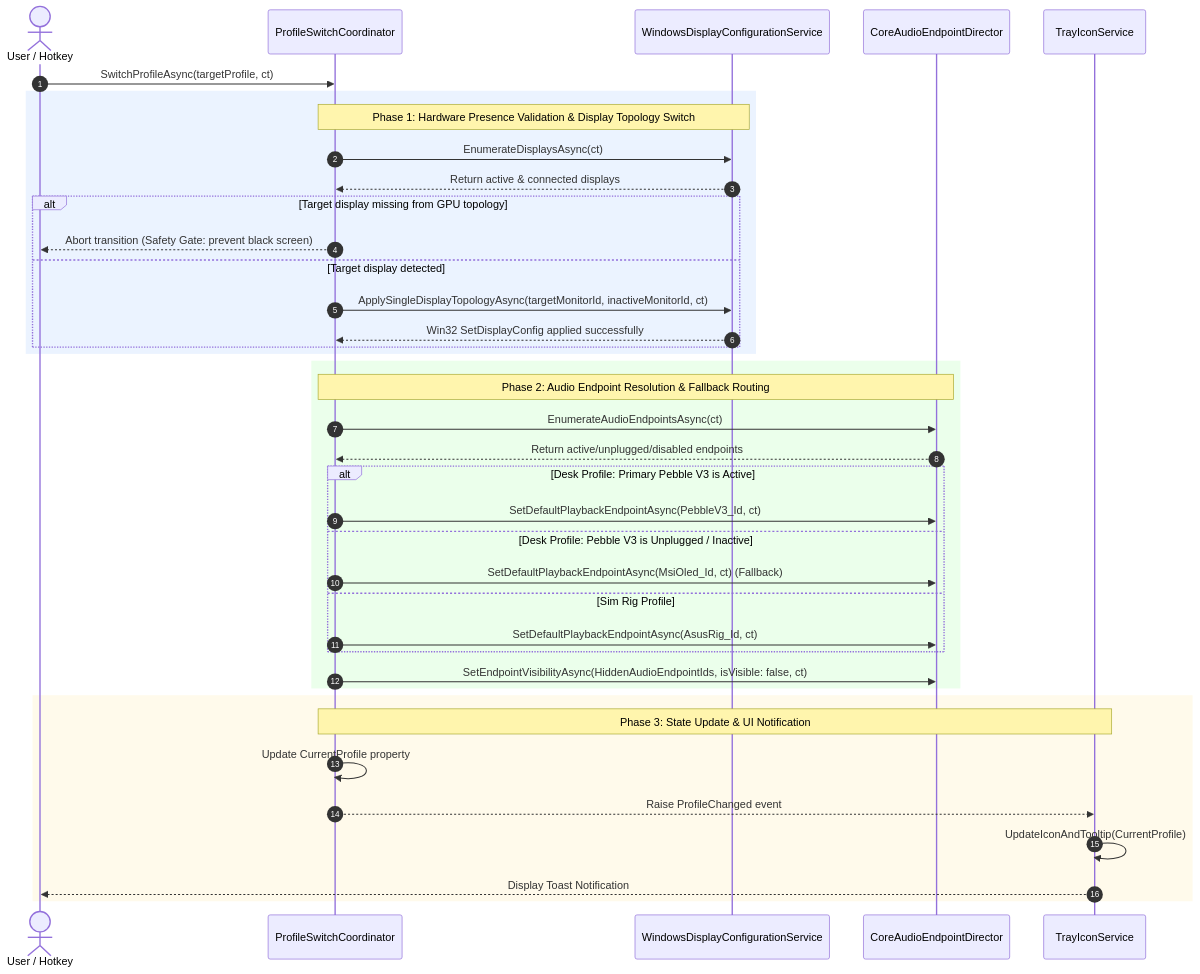
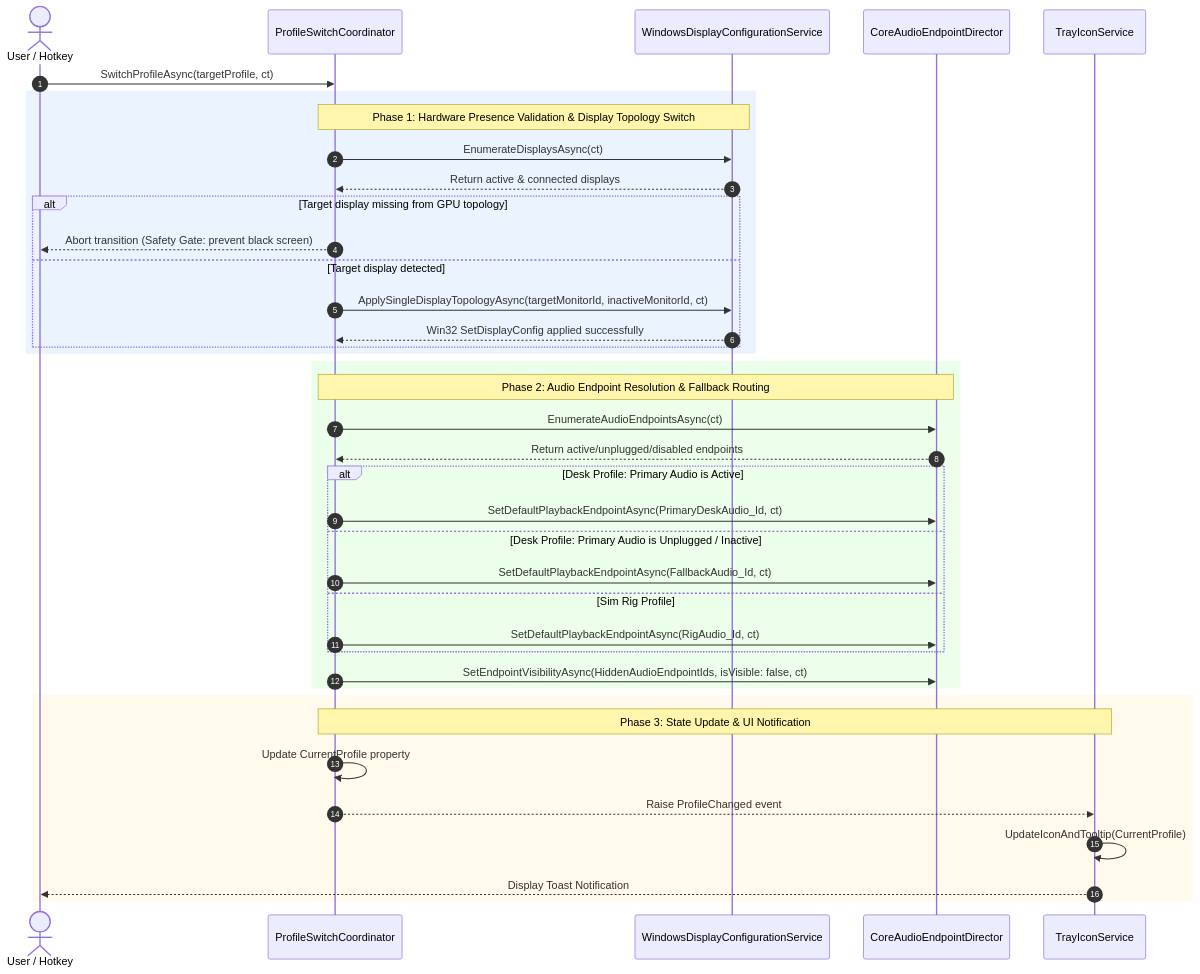
The second of 2 diagrams in ARCHITECTURE.md (spelech/RigSwitch), drawn with Mermaid before and after one commit. The commit also changed other lines of this file and 11 other files, not shown here.

````diff
--- a/ARCHITECTURE.md
+++ b/ARCHITECTURE.md
@@ -110,45 +100,45 @@
 ```mermaid
 sequenceDiagram
     autonumber
     actor User as User / Hotkey
     participant Coord as ProfileSwitchCoordinator
     participant Disp as WindowsDisplayConfigurationService
     participant Audio as CoreAudioEndpointDirector
     participant Tray as TrayIconService
 
     User->>Coord: SwitchProfileAsync(targetProfile, ct)
     
     rect rgb(235, 243, 255)
         Note over Coord,Disp: Phase 1: Hardware Presence Validation & Display Topology Switch
         Coord->>Disp: EnumerateDisplaysAsync(ct)
         Disp-->>Coord: Return active & connected displays
         alt Target display missing from GPU topology
             Coord-->>User: Abort transition (Safety Gate: prevent black screen)
         else Target display detected
             Coord->>Disp: ApplySingleDisplayTopologyAsync(targetMonitorId, inactiveMonitorId, ct)
             Disp-->>Coord: Win32 SetDisplayConfig applied successfully
         end
     end
 
     rect rgb(235, 255, 235)
         Note over Coord,Audio: Phase 2: Audio Endpoint Resolution & Fallback Routing
         Coord->>Audio: EnumerateAudioEndpointsAsync(ct)
         Audio-->>Coord: Return active/unplugged/disabled endpoints
-        alt Desk Profile: Primary Pebble V3 is Active
-            Coord->>Audio: SetDefaultPlaybackEndpointAsync(PebbleV3_Id, ct)
-        else Desk Profile: Pebble V3 is Unplugged / Inactive
-            Coord->>Audio: SetDefaultPlaybackEndpointAsync(MsiOled_Id, ct) (Fallback)
+        alt Desk Profile: Primary Audio is Active
+            Coord->>Audio: SetDefaultPlaybackEndpointAsync(PrimaryDeskAudio_Id, ct)
+        else Desk Profile: Primary Audio is Unplugged / Inactive
+            Coord->>Audio: SetDefaultPlaybackEndpointAsync(FallbackAudio_Id, ct)
         else Sim Rig Profile
-            Coord->>Audio: SetDefaultPlaybackEndpointAsync(AsusRig_Id, ct)
+            Coord->>Audio: SetDefaultPlaybackEndpointAsync(RigAudio_Id, ct)
         end
         Coord->>Audio: SetEndpointVisibilityAsync(HiddenAudioEndpointIds, isVisible: false, ct)
     end
 
     rect rgb(255, 250, 235)
         Note over Coord,Tray: Phase 3: State Update & UI Notification
         Coord->>Coord: Update CurrentProfile property
         Coord-->>Tray: Raise ProfileChanged event
         Tray->>Tray: UpdateIconAndTooltip(CurrentProfile)
         Tray-->>User: Display Toast Notification
     end
 ```
````
